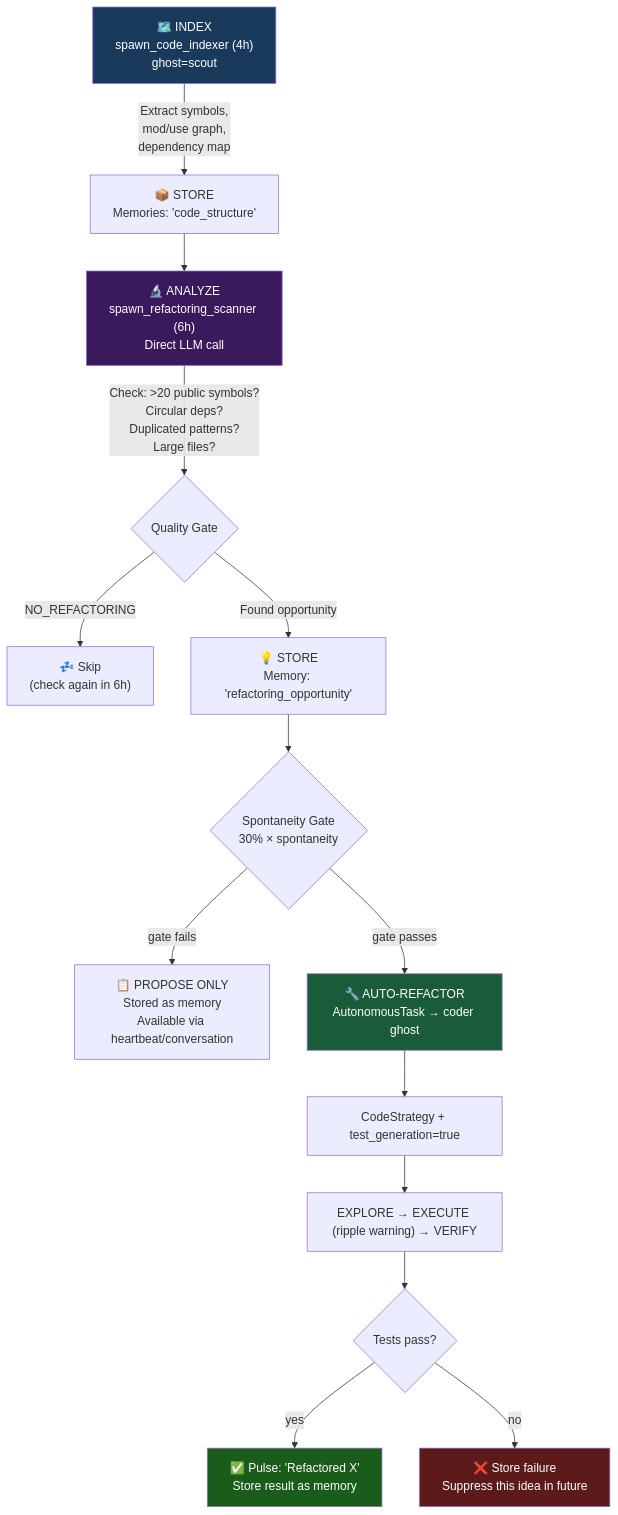
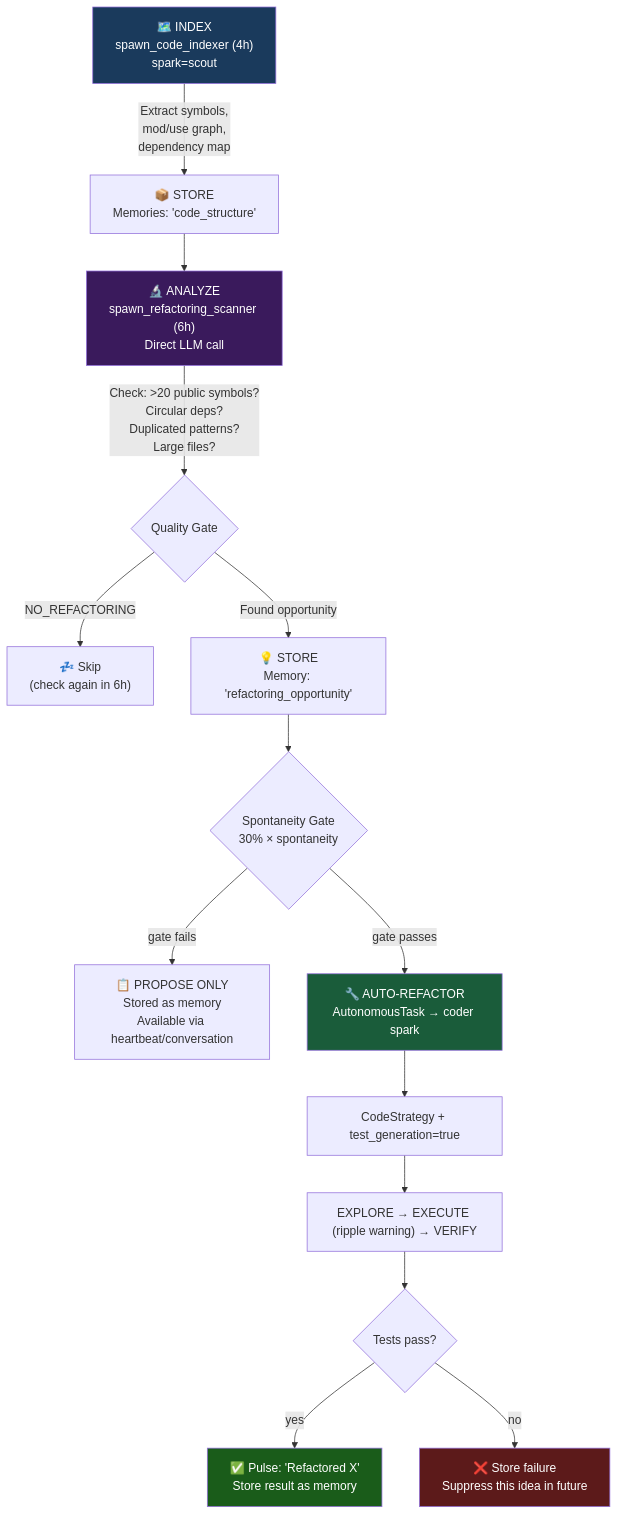
Before and after one commit to emberloom/sparks: the sixth of 9 diagrams in docs/self-improvement-architecture.md, drawn with Mermaid. The commit also changed other lines of this file and 30 other files, not shown here.

````diff
--- a/docs/self-improvement-architecture.md
+++ b/docs/self-improvement-architecture.md
@@ -237,30 +237,30 @@
 ```mermaid
 flowchart TD
-    A["🗺️ INDEX<br/>spawn_code_indexer (4h)<br/>ghost=scout"] -->|"Extract symbols,<br/>mod/use graph,<br/>dependency map"| B["📦 STORE<br/>Memories: 'code_structure'"]
+    A["🗺️ INDEX<br/>spawn_code_indexer (4h)<br/>spark=scout"] -->|"Extract symbols,<br/>mod/use graph,<br/>dependency map"| B["📦 STORE<br/>Memories: 'code_structure'"]
 
     B --> C["🔬 ANALYZE<br/>spawn_refactoring_scanner (6h)<br/>Direct LLM call"]
 
     C -->|"Check: >20 public symbols?<br/>Circular deps?<br/>Duplicated patterns?<br/>Large files?"| D{"Quality Gate"}
 
     D -->|"NO_REFACTORING"| E1["💤 Skip<br/>(check again in 6h)"]
 
     D -->|"Found opportunity"| E2["💡 STORE<br/>Memory: 'refactoring_opportunity'"]
 
     E2 --> F{"Spontaneity Gate<br/>30% × spontaneity"}
 
     F -->|"gate fails"| G1["📋 PROPOSE ONLY<br/>Stored as memory<br/>Available via heartbeat/conversation"]
 
-    F -->|"gate passes"| G2["🔧 AUTO-REFACTOR<br/>AutonomousTask → coder ghost"]
+    F -->|"gate passes"| G2["🔧 AUTO-REFACTOR<br/>AutonomousTask → coder spark"]
 
     G2 --> H["CodeStrategy + test_generation=true"]
     H --> I["EXPLORE → EXECUTE (ripple warning) → VERIFY"]
     I --> J{"Tests pass?"}
     J -->|"yes"| K["✅ Pulse: 'Refactored X'<br/>Store result as memory"]
     J -->|"no"| L["❌ Store failure<br/>Suppress this idea in future"]
 
     style A fill:#1a3a5c,color:#fff
     style C fill:#3a1a5c,color:#fff
     style G2 fill:#1a5c3a,color:#fff
     style K fill:#1a5c1a,color:#fff
     style L fill:#5c1a1a,color:#fff
 ```
````
